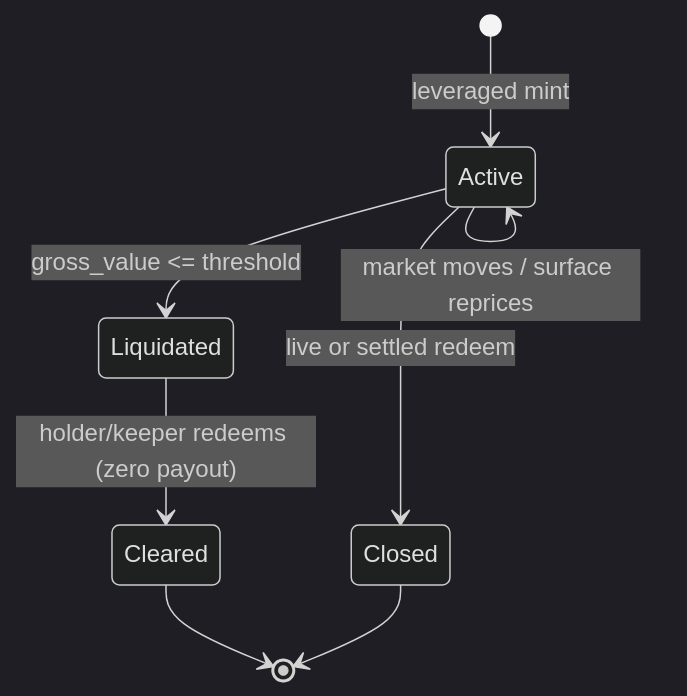
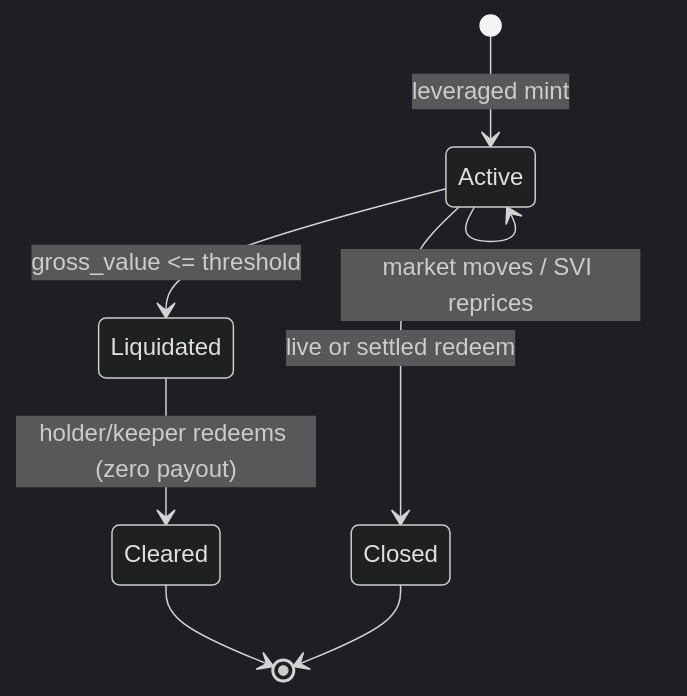
One commit to MystenLabs/deepbookv3 changed the diagram in packages/predict/docs/concepts/liquidation.md. Above: the diagram before and after it, drawn with Mermaid (dark theme). The commit also changed other lines of this file and 23 other files, not shown here.

````diff
--- a/packages/predict/docs/concepts/liquidation.md
+++ b/packages/predict/docs/concepts/liquidation.md
@@ -41,10 +41,10 @@
 ```mermaid
 stateDiagram-v2
     [*] --> Active: leveraged mint
-    Active --> Active: market moves / surface reprices
+    Active --> Active: market moves / SVI reprices
     Active --> Liquidated: gross_value <= threshold
     Liquidated --> Cleared: holder/keeper redeems (zero payout)
     Active --> Closed: live or settled redeem
     Cleared --> [*]
     Closed --> [*]
 ```
````
